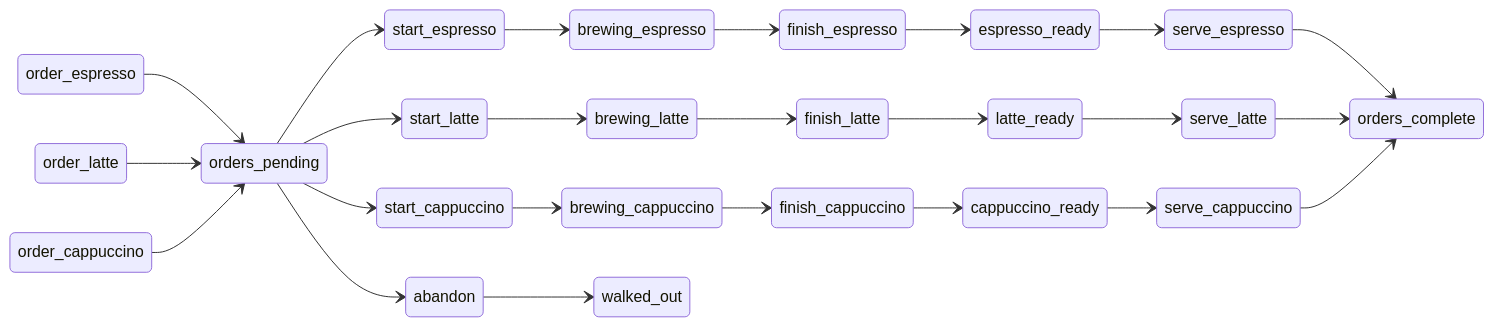
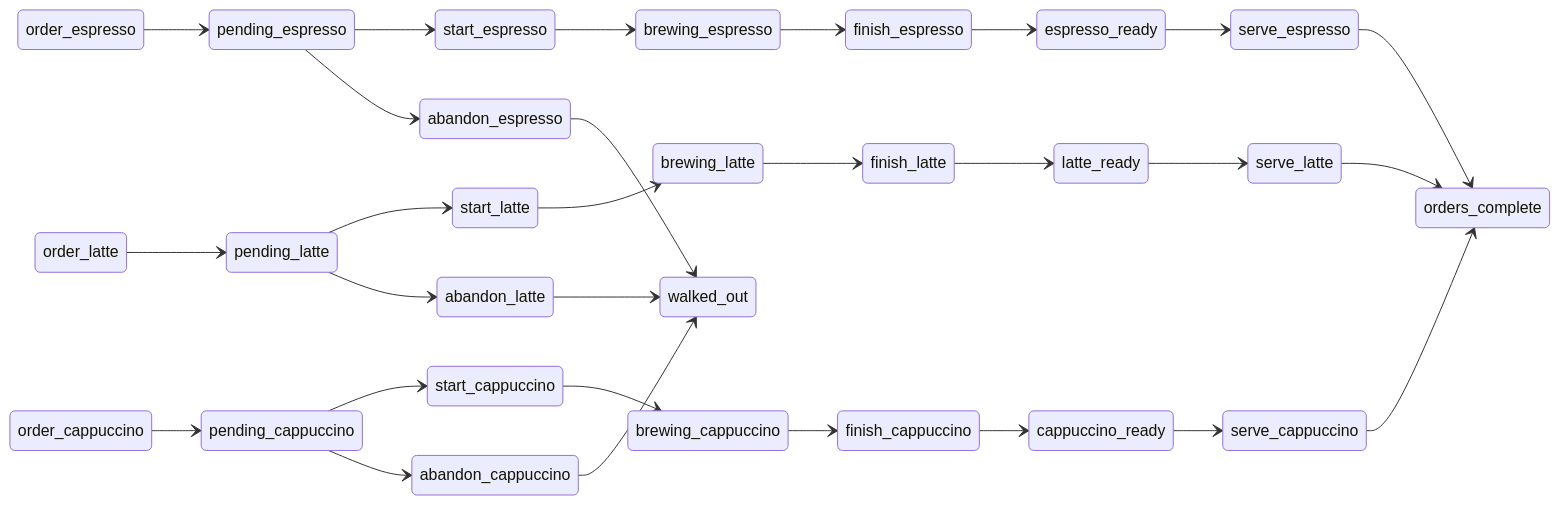
The first of 3 diagrams in generated/cafe/counter/README.md (pflow-xyz/petri-pilot), drawn with Mermaid before and after one commit. The commit also changed other lines of this file and 45 other files, not shown here.

````diff
--- a/generated/cafe/counter/README.md
+++ b/generated/cafe/counter/README.md
@@ -65,67 +75,77 @@
 ```mermaid
 stateDiagram-v2
     direction LR
 
-    state "orders_pending" as PlaceOrdersPending
+    state "pending_espresso" as PlacePendingEspresso
+    state "pending_latte" as PlacePendingLatte
+    state "pending_cappuccino" as PlacePendingCappuccino
     state "brewing_espresso" as PlaceBrewingEspresso
     state "brewing_latte" as PlaceBrewingLatte
     state "brewing_cappuccino" as PlaceBrewingCappuccino
     state "espresso_ready" as PlaceEspressoReady
     state "latte_ready" as PlaceLatteReady
     state "cappuccino_ready" as PlaceCappuccinoReady
     state "orders_complete" as PlaceOrdersComplete
     state "walked_out" as PlaceWalkedOut
 
 
     state "order_espresso" as t_TransitionOrderEspresso
     state "order_latte" as t_TransitionOrderLatte
     state "order_cappuccino" as t_TransitionOrderCappuccino
     state "start_espresso" as t_TransitionStartEspresso
     state "start_latte" as t_TransitionStartLatte
     state "start_cappuccino" as t_TransitionStartCappuccino
     state "finish_espresso" as t_TransitionFinishEspresso
     state "finish_latte" as t_TransitionFinishLatte
     state "finish_cappuccino" as t_TransitionFinishCappuccino
     state "serve_espresso" as t_TransitionServeEspresso
     state "serve_latte" as t_TransitionServeLatte
     state "serve_cappuccino" as t_TransitionServeCappuccino
-    state "abandon" as t_TransitionAbandon
+    state "abandon_espresso" as t_TransitionAbandonEspresso
+    state "abandon_latte" as t_TransitionAbandonLatte
+    state "abandon_cappuccino" as t_TransitionAbandonCappuccino
 
 
-    t_TransitionOrderEspresso --> PlaceOrdersPending
+    t_TransitionOrderEspresso --> PlacePendingEspresso
 
-    t_TransitionOrderLatte --> PlaceOrdersPending
+    t_TransitionOrderLatte --> PlacePendingLatte
 
-    t_TransitionOrderCappuccino --> PlaceOrdersPending
+    t_TransitionOrderCappuccino --> PlacePendingCappuccino
 
-    PlaceOrdersPending --> t_TransitionStartEspresso
+    PlacePendingEspresso --> t_TransitionStartEspresso
     t_TransitionStartEspresso --> PlaceBrewingEspresso
 
-    PlaceOrdersPending --> t_TransitionStartLatte
+    PlacePendingLatte --> t_TransitionStartLatte
     t_TransitionStartLatte --> PlaceBrewingLatte
 
-    PlaceOrdersPending --> t_TransitionStartCappuccino
+    PlacePendingCappuccino --> t_TransitionStartCappuccino
     t_TransitionStartCappuccino --> PlaceBrewingCappuccino
 
     PlaceBrewingEspresso --> t_TransitionFinishEspresso
     t_TransitionFinishEspresso --> PlaceEspressoReady
 
     PlaceBrewingLatte --> t_TransitionFinishLatte
     t_TransitionFinishLatte --> PlaceLatteReady
 
     PlaceBrewingCappuccino --> t_TransitionFinishCappuccino
     t_TransitionFinishCappuccino --> PlaceCappuccinoReady
 
     PlaceEspressoReady --> t_TransitionServeEspresso
     t_TransitionServeEspresso --> PlaceOrdersComplete
 
     PlaceLatteReady --> t_TransitionServeLatte
     t_TransitionServeLatte --> PlaceOrdersComplete
 
     PlaceCappuccinoReady --> t_TransitionServeCappuccino
     t_TransitionServeCappuccino --> PlaceOrdersComplete
 
-    PlaceOrdersPending --> t_TransitionAbandon
-    t_TransitionAbandon --> PlaceWalkedOut
+    PlacePendingEspresso --> t_TransitionAbandonEspresso
+    t_TransitionAbandonEspresso --> PlaceWalkedOut
+
+    PlacePendingLatte --> t_TransitionAbandonLatte
+    t_TransitionAbandonLatte --> PlaceWalkedOut
+
+    PlacePendingCappuccino --> t_TransitionAbandonCappuccino
+    t_TransitionAbandonCappuccino --> PlaceWalkedOut
 
 ```
````
